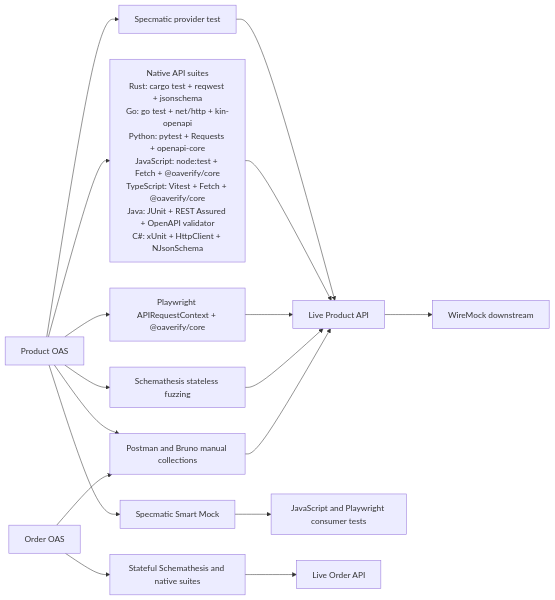
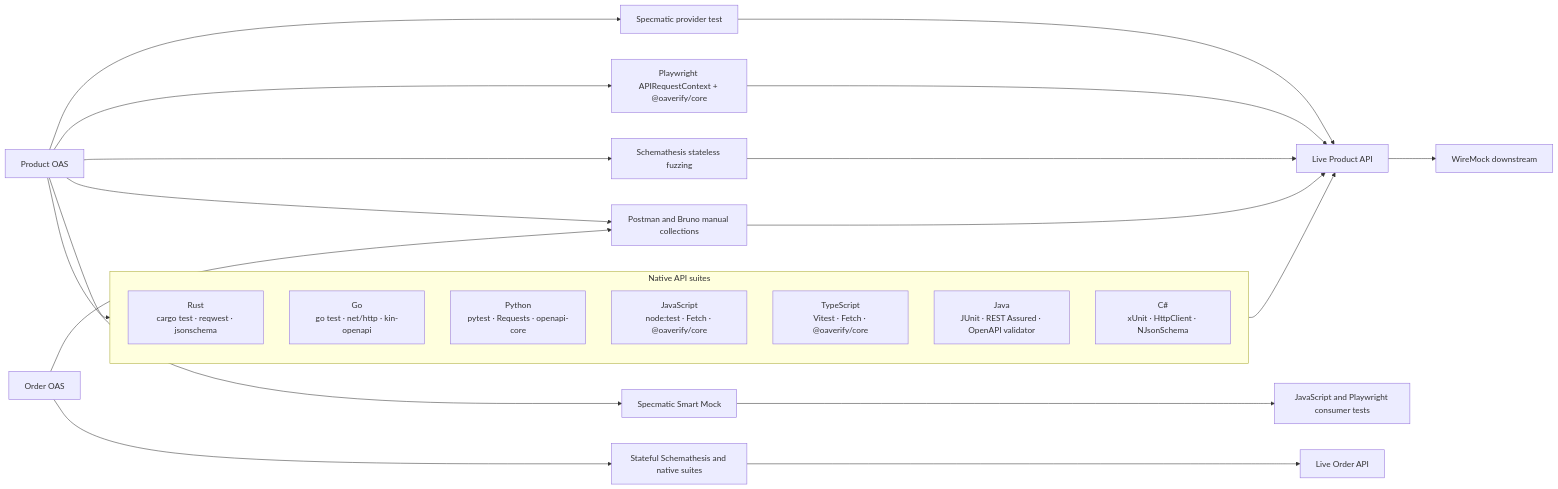
Before and after one commit to shoman2020/oas-polycontract: the first of 2 diagrams in README.md, drawn with Mermaid. The commit also changed other lines of this file and 17 other files, not shown here.

````diff
--- a/README.md
+++ b/README.md
@@ -21,19 +21,29 @@
 ```mermaid
 flowchart LR
   ProductOAS[Product OAS] --> ProviderTest[Specmatic provider test]
   ProviderTest --> ProductAPI[Live Product API]
   ProductOAS --> SmartMock[Specmatic Smart Mock]
   SmartMock --> ConsumerTests[JavaScript and Playwright consumer tests]
-  ProductOAS --> NativeSuites["Native API suites<br/>Rust: cargo test + reqwest + jsonschema<br/>Go: go test + net/http + kin-openapi<br/>Python: pytest + Requests + openapi-core<br/>JavaScript: node:test + Fetch + @oaverify/core<br/>TypeScript: Vitest + Fetch + @oaverify/core<br/>Java: JUnit + REST Assured + OpenAPI validator<br/>C#: xUnit + HttpClient + NJsonSchema"]
+  ProductOAS --> NativeSuites
+  subgraph NativeSuites["Native API suites"]
+    direction TB
+    RustSuite["Rust<br/>cargo test · reqwest · jsonschema"]
+    GoSuite["Go<br/>go test · net/http · kin-openapi"]
+    PythonSuite["Python<br/>pytest · Requests · openapi-core"]
+    JavaScriptSuite["JavaScript<br/>node:test · Fetch · @oaverify/core"]
+    TypeScriptSuite["TypeScript<br/>Vitest · Fetch · @oaverify/core"]
+    JavaSuite["Java<br/>JUnit · REST Assured · OpenAPI validator"]
+    CSharpSuite["C#<br/>xUnit · HttpClient · NJsonSchema"]
+  end
   NativeSuites --> ProductAPI
   ProductOAS --> Playwright[Playwright APIRequestContext + @oaverify/core]
   Playwright --> ProductAPI
   ProductOAS --> ProductFuzzing[Schemathesis stateless fuzzing]
   ProductFuzzing --> ProductAPI
   OrderOAS[Order OAS] --> StatefulTests[Stateful Schemathesis and native suites]
   StatefulTests --> OrderAPI[Live Order API]
   ProductAPI --> WireMock[WireMock downstream]
   ProductOAS --> Collections[Postman and Bruno manual collections]
   Collections --> ProductAPI
   OrderOAS --> Collections
 ```
````
